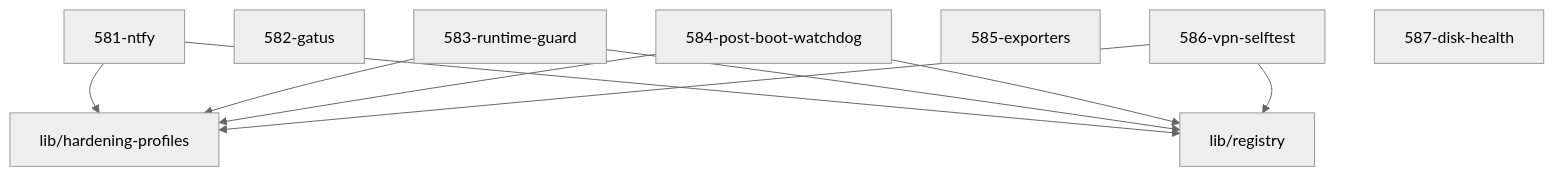
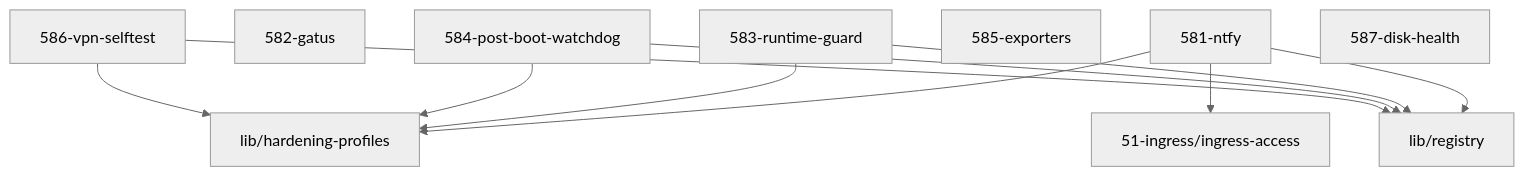
The diagram in 58-observability/AGENTS.md (grapefruit89/mediNix-core), drawn with Mermaid (neutral theme) before and after one commit. The commit also changed other lines of this file and 29 other files, not shown here.

Commit message:
refactor(lib): relocate domain-specific helpers (ingress-access, creds, arr-settings) to domains

````diff
--- a/58-observability/AGENTS.md
+++ b/58-observability/AGENTS.md
@@ -55,14 +56,15 @@
 ```mermaid
 graph TD
   581_ntfy["581-ntfy"] --> hardening_profiles["lib/hardening-profiles"]
   581_ntfy["581-ntfy"] --> registry["lib/registry"]
+  581_ntfy["581-ntfy"] --> ingress_access["51-ingress/ingress-access"]
   582_gatus["582-gatus"]
   583_runtime_guard["583-runtime-guard"] --> hardening_profiles["lib/hardening-profiles"]
   583_runtime_guard["583-runtime-guard"] --> registry["lib/registry"]
   584_post_boot_watchdog["584-post-boot-watchdog"] --> hardening_profiles["lib/hardening-profiles"]
   584_post_boot_watchdog["584-post-boot-watchdog"] --> registry["lib/registry"]
   585_exporters["585-exporters"]
   586_vpn_selftest["586-vpn-selftest"] --> registry["lib/registry"]
   586_vpn_selftest["586-vpn-selftest"] --> hardening_profiles["lib/hardening-profiles"]
   587_disk_health["587-disk-health"]
 ```
````
